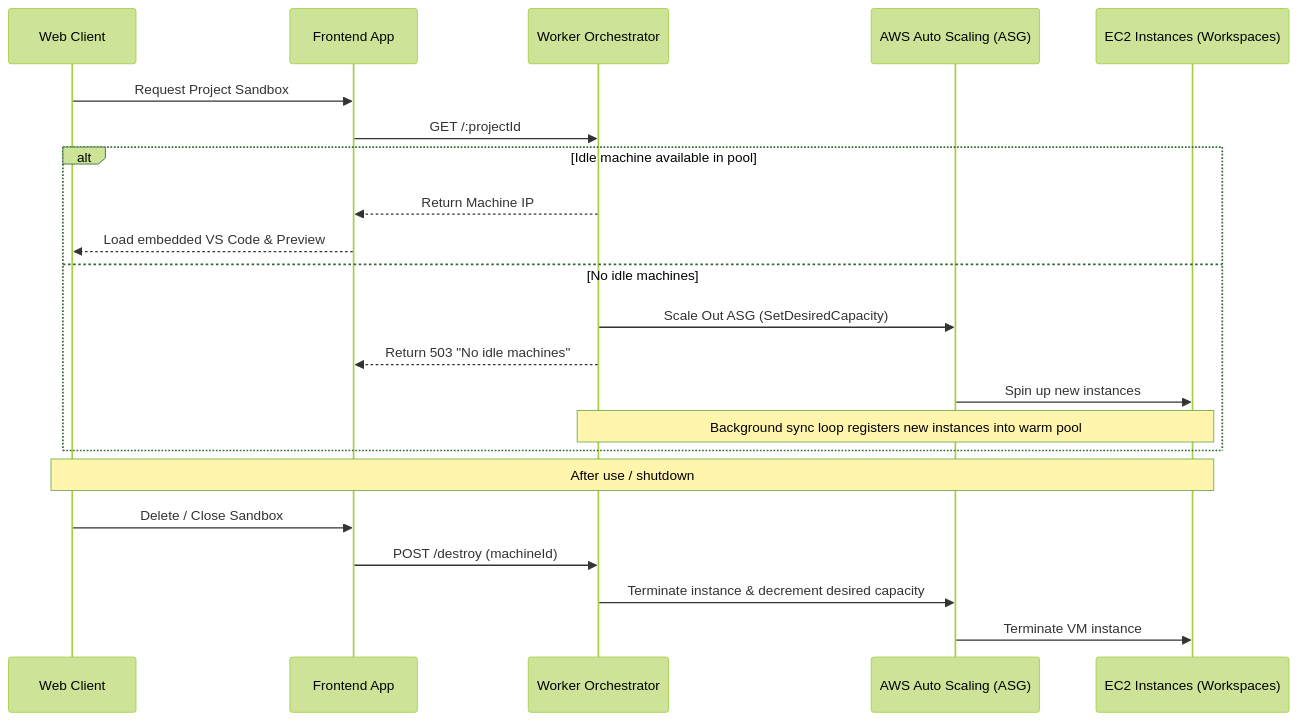
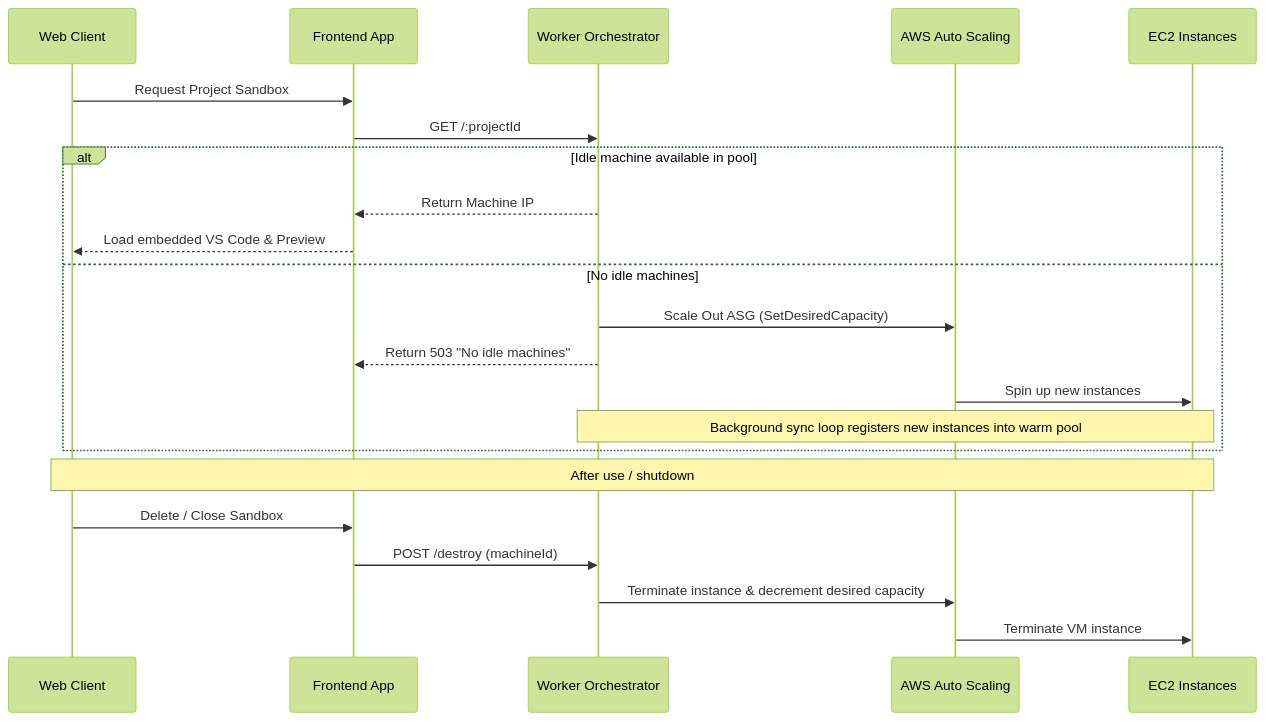
The second of 2 diagrams in README.md (Rahulchaudharyji2/Bolty), drawn with Mermaid (forest theme) before and after one commit. The commit also changed other lines of this file, not shown here.

Commit message:
docs: quote special characters in Mermaid labels for compatibility with GitHub markdown renderer

````diff
--- a/README.md
+++ b/README.md
@@ -68,26 +68,26 @@
 ```mermaid
 sequenceDiagram
     participant Client as Web Client
     participant Frontend as Frontend App
     participant Orchestrator as Worker Orchestrator
-    participant AWS as AWS Auto Scaling (ASG)
-    participant EC2 as EC2 Instances (Workspaces)
+    participant AWS as AWS Auto Scaling
+    participant EC2 as EC2 Instances
 
     Client->>Frontend: Request Project Sandbox
     Frontend->>Orchestrator: GET /:projectId
     alt Idle machine available in pool
         Orchestrator-->>Frontend: Return Machine IP
         Frontend-->>Client: Load embedded VS Code & Preview
     else No idle machines
         Orchestrator->>AWS: Scale Out ASG (SetDesiredCapacity)
         Orchestrator-->>Frontend: Return 503 "No idle machines"
         AWS->>EC2: Spin up new instances
         Note over Orchestrator,EC2: Background sync loop registers new instances into warm pool
     end
 
     Note over Client,EC2: After use / shutdown
     Client->>Frontend: Delete / Close Sandbox
     Frontend->>Orchestrator: POST /destroy (machineId)
     Orchestrator->>AWS: Terminate instance & decrement desired capacity
     AWS->>EC2: Terminate VM instance
 ```
````
